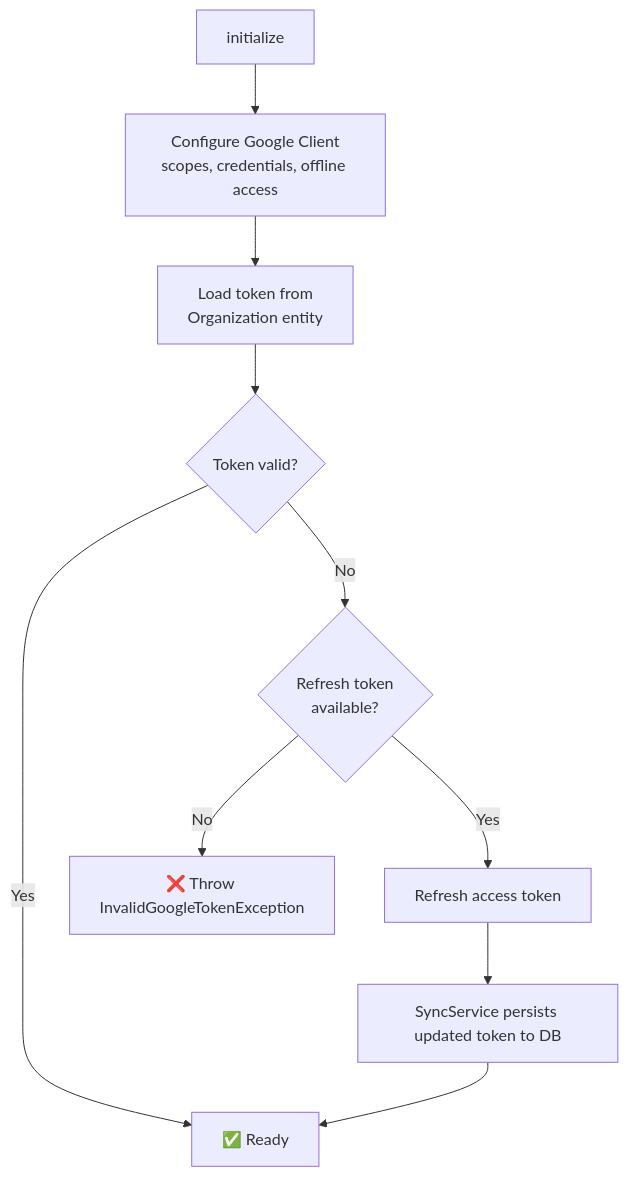
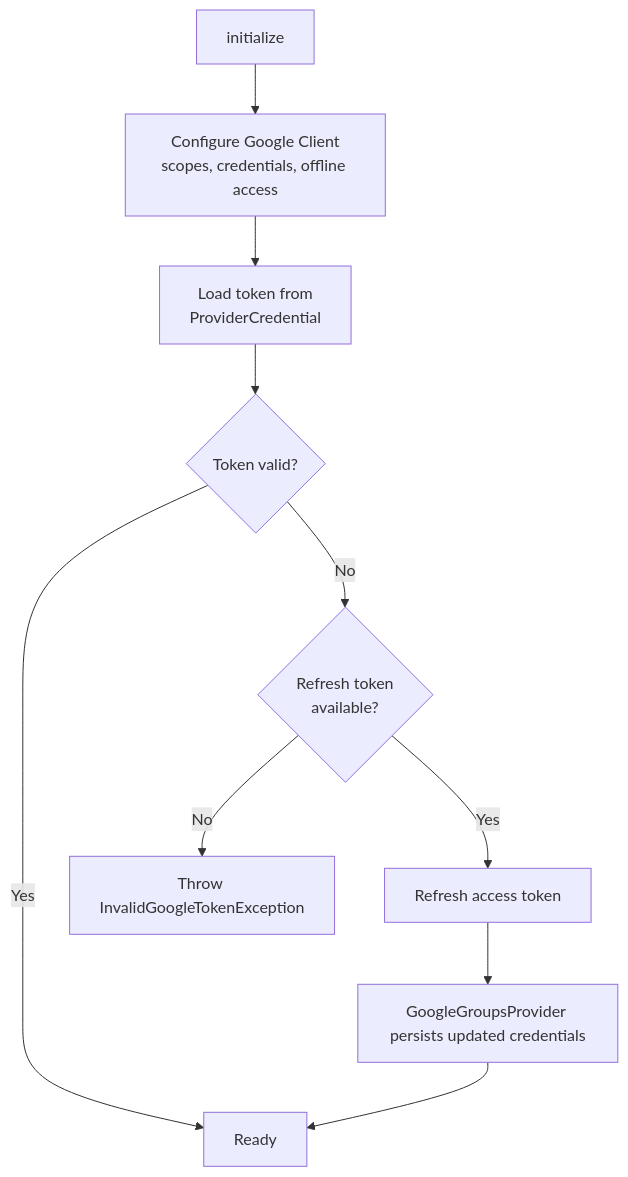
One commit to nrutman/contacts-sync-web changed the diagram in src/Client/Google/README.md. Above: the diagram before and after it, drawn with Mermaid. The commit also changed other lines of this file and 61 other files, not shown here.

````diff
--- a/src/Client/Google/README.md
+++ b/src/Client/Google/README.md
@@ -9,12 +9,12 @@
 ```mermaid
 flowchart TD
     A[initialize] --> B["Configure Google Client<br/>scopes, credentials, offline access"]
-    B --> C["Load token from<br/>Organization entity"]
+    B --> C["Load token from<br/>ProviderCredential"]
     C --> D{Token valid?}
-    D -- Yes --> E[✅ Ready]
+    D -- Yes --> E[Ready]
     D -- No --> F{"Refresh token<br/>available?"}
     F -- Yes --> G[Refresh access token]
-    G --> H[SyncService persists updated token to DB]
+    G --> H[GoogleGroupsProvider persists updated credentials]
     H --> E
-    F -- No --> I["❌ Throw InvalidGoogleTokenException"]
+    F -- No --> I["Throw InvalidGoogleTokenException"]
 ```
````
